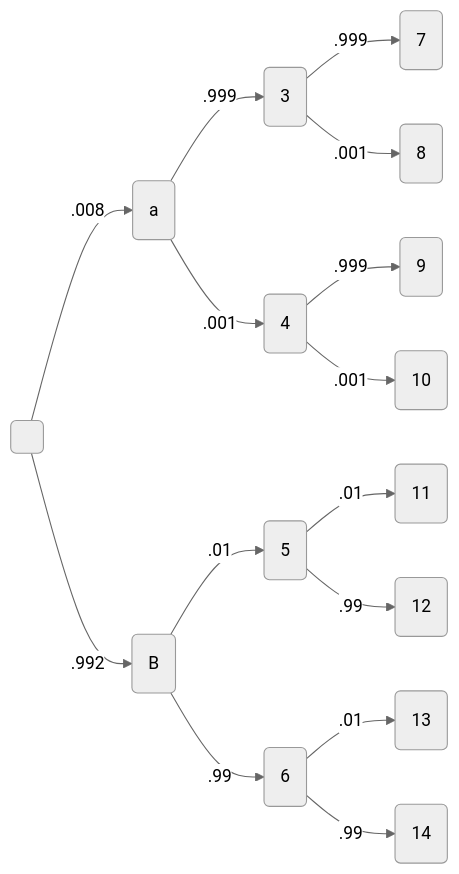
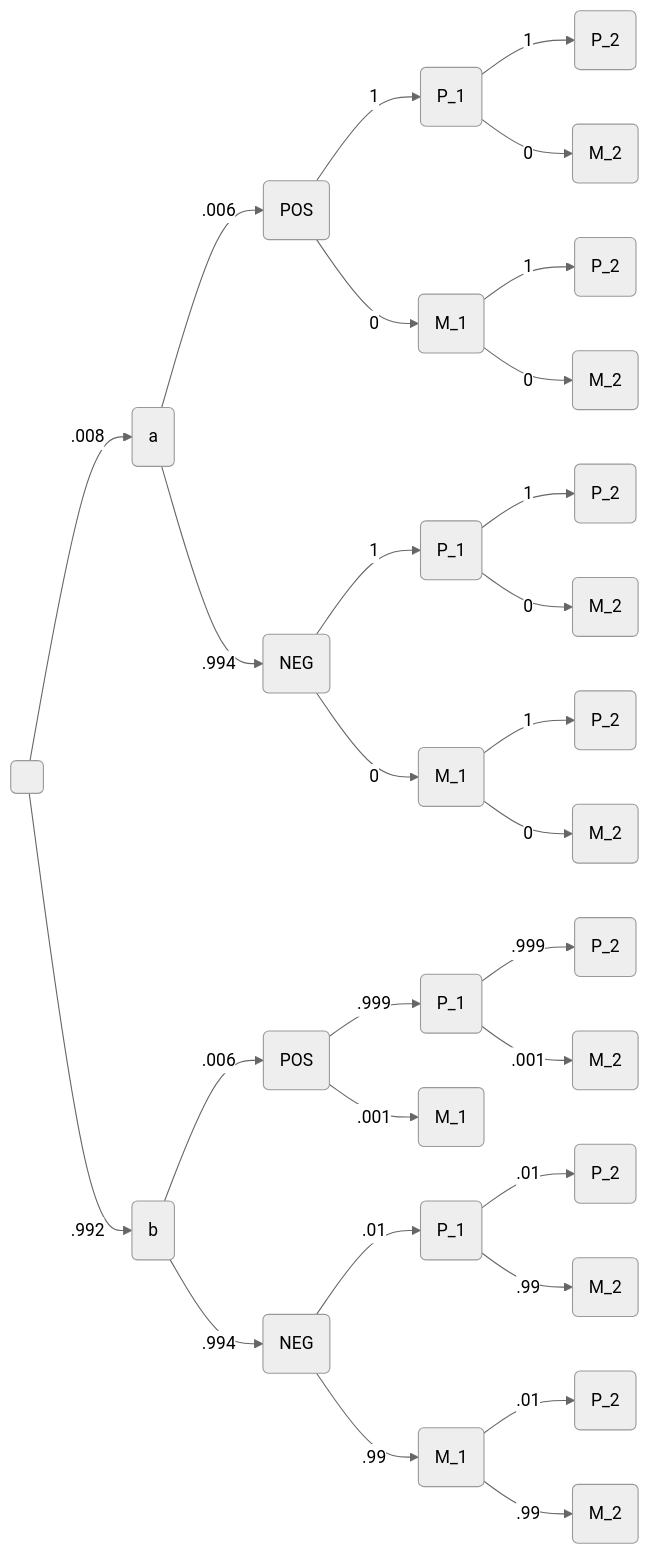
The second of 2 diagrams in ps2.qmd (connor1883/problem-sets), drawn with Mermaid (neutral theme) before and after one commit. The commit also changed other lines of this file and 2 other files, not shown here.

Commit message:
done with PS2 added second table/tree

````diff
--- a/ps2.qmd
+++ b/ps2.qmd
@@ -48,18 +46,32 @@
 ```{mermaid}
 graph LR
     A( )
-    A -->|.008| B(a)
-    A -->|.992| C(B)
-    B -->|.999| D(3)
-    B -->|.001| E(4)
-    C -->|.01| F(5)
-    C -->|.99| G(6)
-    D -->|.999| H(7)
-    D -->|.001| I(8)
-    E -->|.999| J(9)
-    E -->|.001| K(10)
-    F -->|.01| L(11)
-    F -->|.99| M(12)
-    G -->|.01| N(13)
-    G -->|.99| O(14)
+    A -->|.008| B1(a)
+    A -->|.992| B2(b)
+    B1 -->|.006| D1(POS)
+    B1 -->|.994| D2(NEG)
+    B2 -->|.006| C1(POS)
+    B2 -->|.994| C2(NEG)
+    D1 -->|1| P1(P_1)
+    D1 -->|0| P2(M_1)
+    P1 -->|1| R1(P_2)
+    P1 -->|0| R2(M_2)
+    P2 -->|1| S1(P_2)
+    P2 -->|0| S2(M_2)
+    D2 -->|1| U1(P_1)
+    D2 -->|0| U2(M_1)
+    U1 -->|1| V1(P_2)
+    U1 -->|0| V2(M_2)
+    U2 -->|1| W1(P_2)
+    U2 -->|0| W2(M_2)
+    C1 -->|.999| E1(P_1)
+    C1 -->|.001| E2(M_1)
+    E1 -->|.999| Q1(P_2)
+    E1 -->|.001| Q2(M_2)
+    C2 -->|.01| F1(P_1)
+    C2 -->|.99| F2(M_1)
+    F1 -->|.01| G1(P_2)
+    F1 -->|.99| G2(M_2)
+    F2 -->|.01| H1(P_2)
+    F2 -->|.99| H2(M_2)
 ```
````
